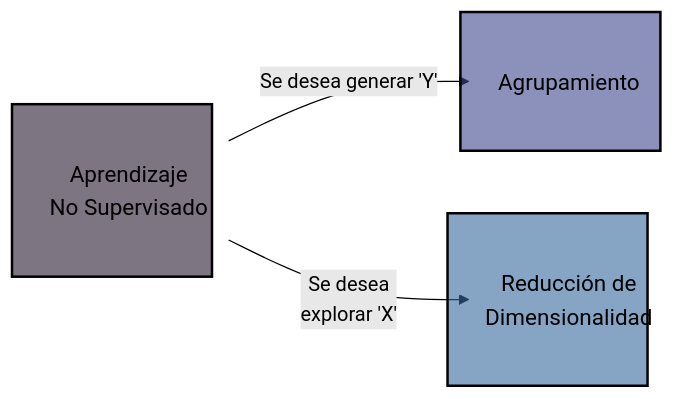
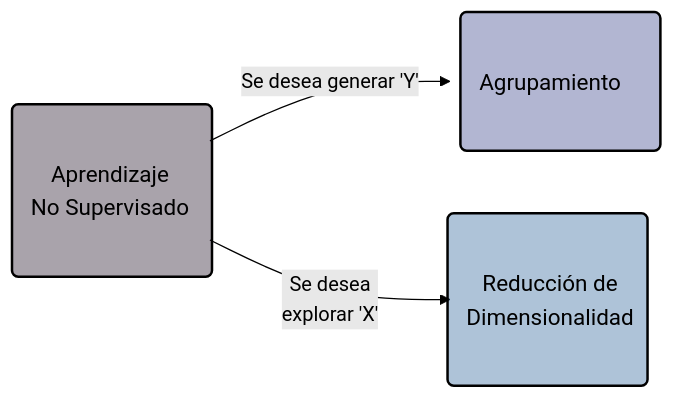
Before and after one commit to maRce10/aprendizaje_estadistico_2024: the third of 7 diagrams in Diagrama.qmd, drawn with Mermaid (forest theme). The commit also changed other lines of this file and 18 other files, not shown here.

Commit message:
fix diagrams

````diff
--- a/Diagrama.qmd
+++ b/Diagrama.qmd
@@ -48,14 +51,14 @@
 ```{mermaid}
 flowchart LR
     classDef largeText font-size:18px, padding:15px;
 
-    U[Aprendizaje\nNo Supervisado] -->|Se desea generar 'Y'| Clus[Agrupamiento]
-    U --> |Se desea\nexplorar 'X'|DR[Reducción de\nDimensionalidad]
+    U(Aprendizaje\nNo Supervisado) -->|Se desea generar 'Y'| Clus(Agrupamiento)
+    U --> |Se desea\nexplorar 'X'|DR(Reducción de\nDimensionalidad)
 
     class U,Clus,DR largeText;
 
-    style U fill:#28192F99, stroke:#000, width:160px, stroke-width:2px, color:#000, text-align:center;
-    style Clus fill:#40498E99, stroke:#000, width:160px, stroke-width:2px, color:#000, text-align:center;
-    style DR fill:#366A9F99, stroke:#000, width:160px, stroke-width:2px, color:#000, text-align:center;
+    style U fill:#28192F66, stroke:#000, width:160px, stroke-width:2px, color:#000, text-align:center;
+    style Clus fill:#40498E66, stroke:#000, width:160px, stroke-width:2px, color:#000, text-align:center;
+    style DR fill:#366A9F66, stroke:#000, width:160px, stroke-width:2px, color:#000, text-align:center;
 
 ```
````
